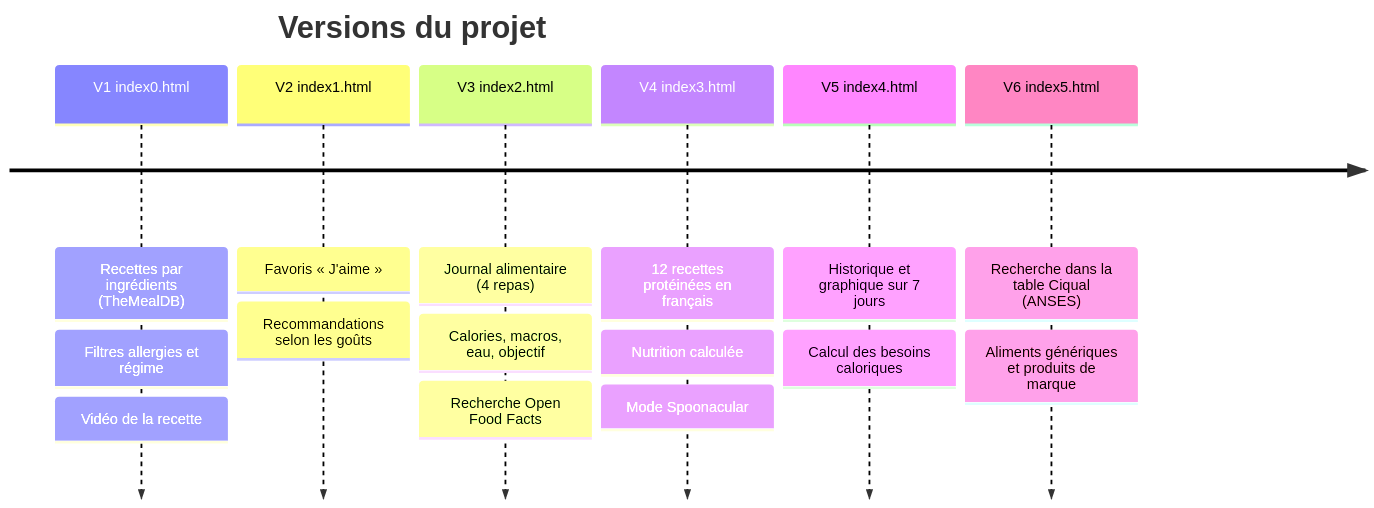
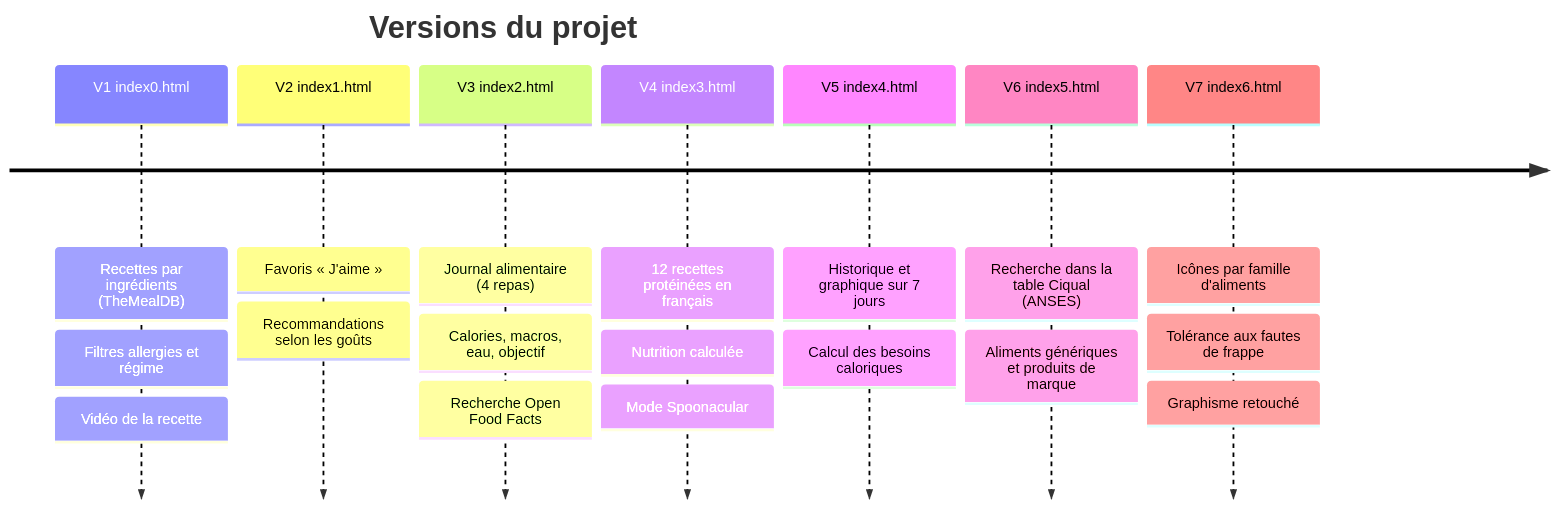
Before and after one commit to Sami-Le/generateur-de-recettes: the second of 2 diagrams in accueil.md, drawn with Mermaid. The commit also changed other lines of this file and 5 other files, not shown here.

First line of the commit message:
V7 : icônes par famille d'aliments, tolérance aux fautes de frappe, graphisme retouché

````diff
--- a/accueil.md
+++ b/accueil.md
@@ -46,10 +47,11 @@
 ```mermaid
 timeline
     title Versions du projet
     V1 index0.html : Recettes par ingrédients (TheMealDB) : Filtres allergies et régime : Vidéo de la recette
     V2 index1.html : Favoris « J'aime » : Recommandations selon les goûts
     V3 index2.html : Journal alimentaire (4 repas) : Calories, macros, eau, objectif : Recherche Open Food Facts
     V4 index3.html : 12 recettes protéinées en français : Nutrition calculée : Mode Spoonacular
     V5 index4.html : Historique et graphique sur 7 jours : Calcul des besoins caloriques
     V6 index5.html : Recherche dans la table Ciqual (ANSES) : Aliments génériques et produits de marque
+    V7 index6.html : Icônes par famille d'aliments : Tolérance aux fautes de frappe : Graphisme retouché
 ```
````
